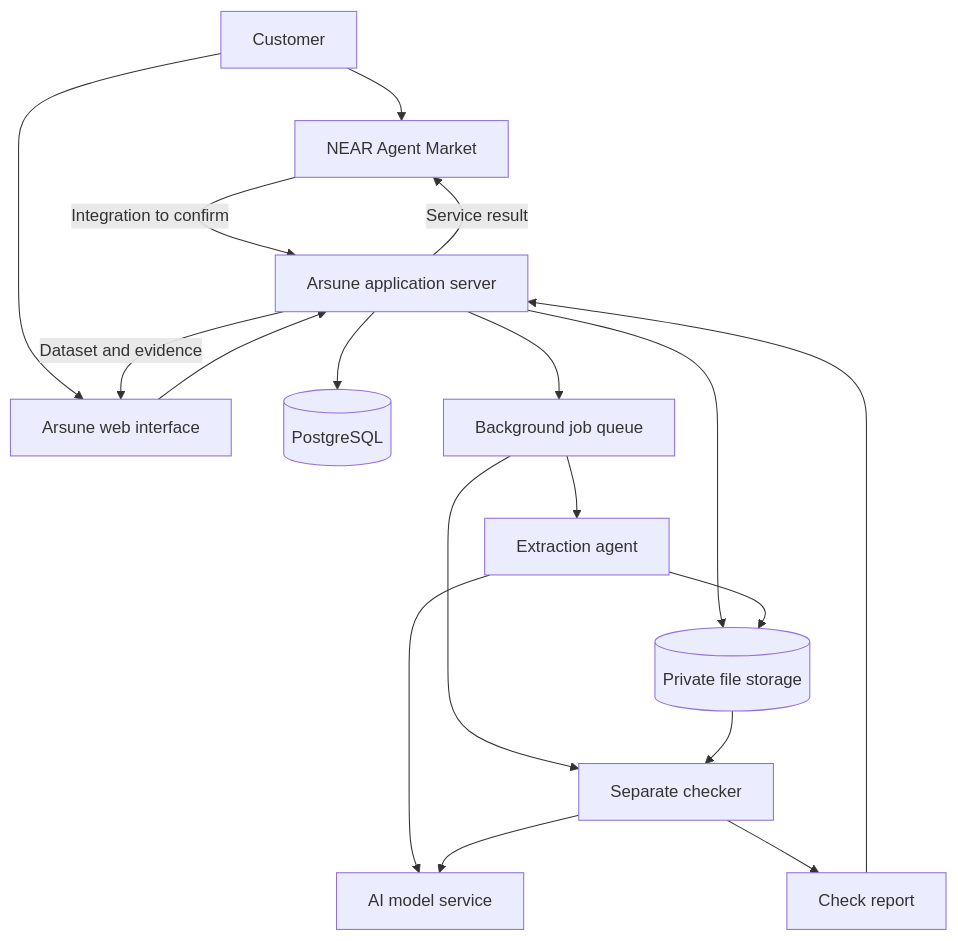
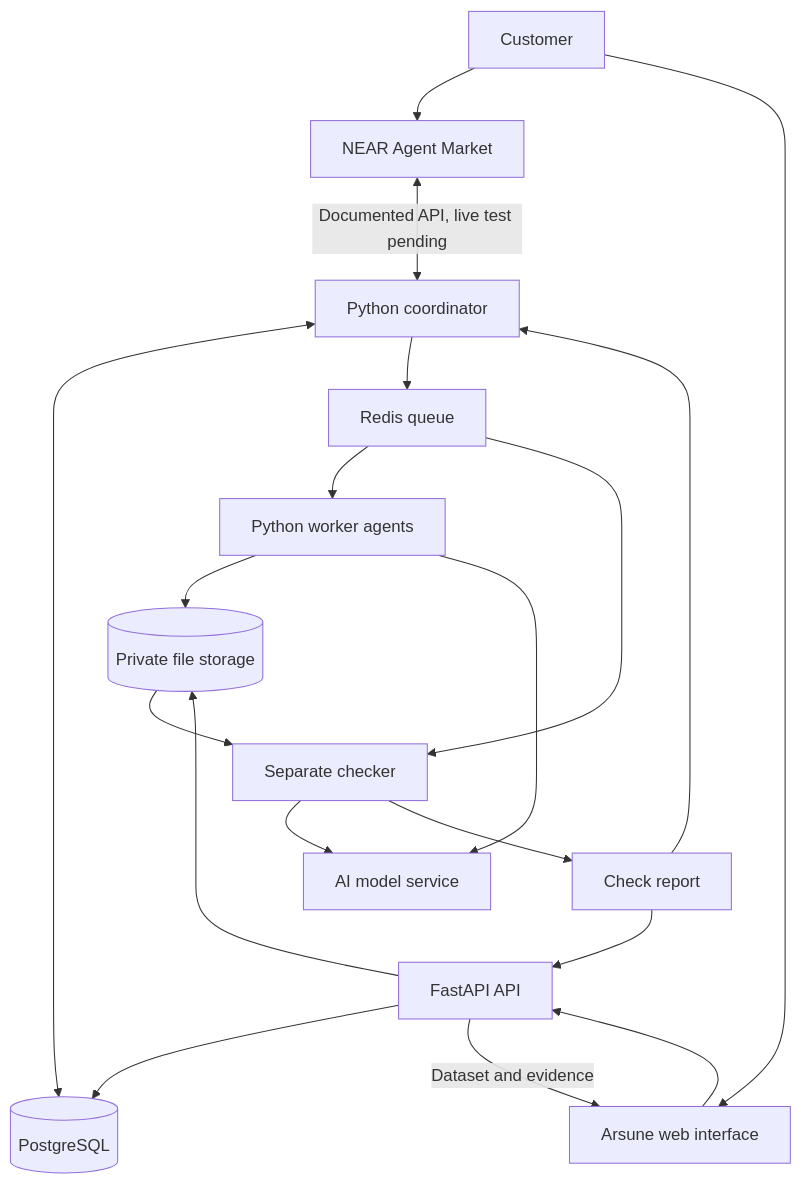
The diagram in README.md (encouver/arsune), drawn with Mermaid before and after one commit. The commit also changed other lines of this file and 5 other files, not shown here.

Commit message:
docs: define swarm architecture and build scope

````diff
--- a/README.md
+++ b/README.md
@@ -57,20 +66,21 @@
 ```mermaid
 flowchart TD
     U[Customer] --> M[NEAR Agent Market]
-    M -->|Integration to confirm| A[Arsune application server]
+    M <-->|Documented API, live test pending| C[Python coordinator]
     U --> W[Arsune web interface]
-    W --> A
+    W --> A[FastAPI API]
     A --> D[(PostgreSQL)]
     A --> S[(Private file storage)]
-    A --> Q[Background job queue]
-    Q --> E[Extraction agent]
+    C <--> D
+    C --> Q[Redis queue]
+    Q --> E[Python worker agents]
     E --> S
-    Q --> C[Separate checker]
-    S --> C
+    Q --> V[Separate checker]
+    S --> V
     E --> L[AI model service]
-    C --> L
-    C --> R[Check report]
+    V --> L
+    V --> R[Check report]
     R --> A
     A -->|Dataset and evidence| W
-    A -->|Service result| M
+    R --> C
 ```
````
